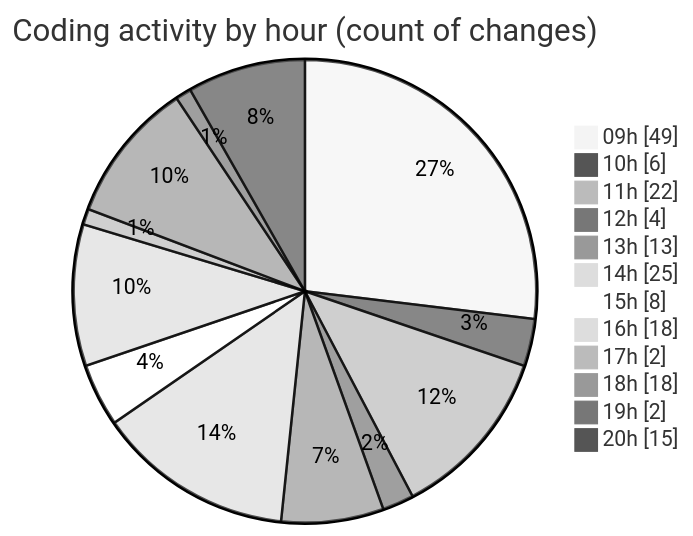
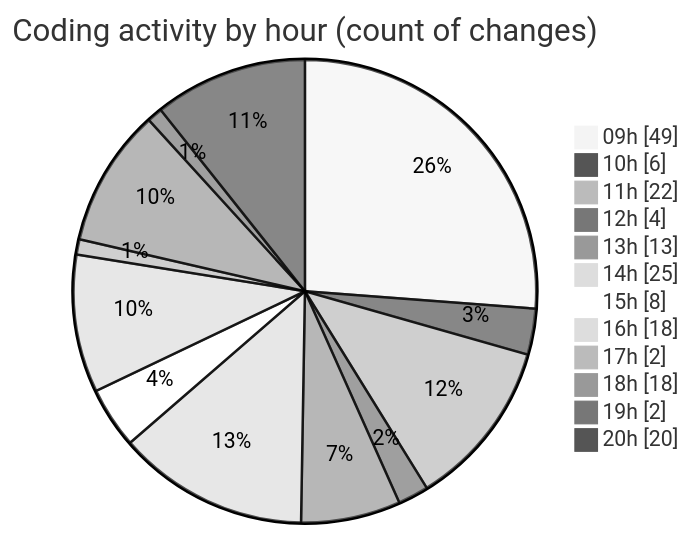
The second of 2 diagrams in 2026-06-17/cda/README.md (momahboobian/code-tracking), drawn with Mermaid (neutral theme) before and after one commit. The commit also changed other lines of this file and 1 other file, not shown here.

````diff
--- a/2026-06-17/cda/README.md
+++ b/2026-06-17/cda/README.md
@@ -71,16 +71,16 @@
 ```mermaid
 pie showData
 title Coding activity by hour (count of changes)
 "09h" : 49
 "10h" : 6
 "11h" : 22
 "12h" : 4
 "13h" : 13
 "14h" : 25
 "15h" : 8
 "16h" : 18
 "17h" : 2
 "18h" : 18
 "19h" : 2
-"20h" : 15
+"20h" : 20
 ```
````
